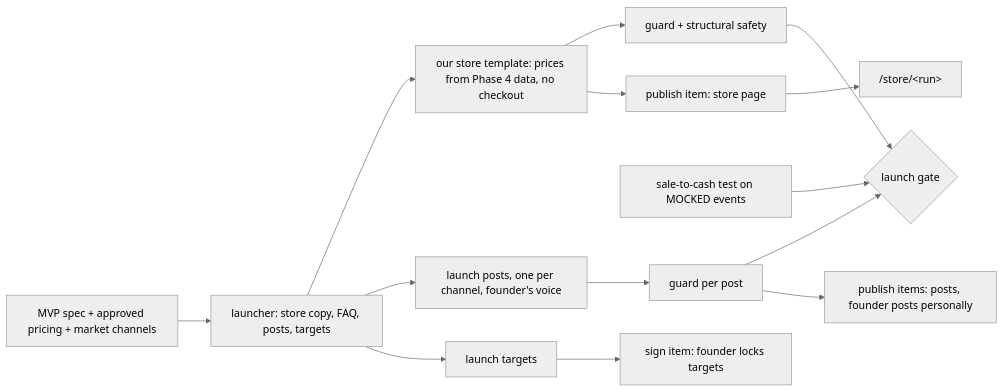
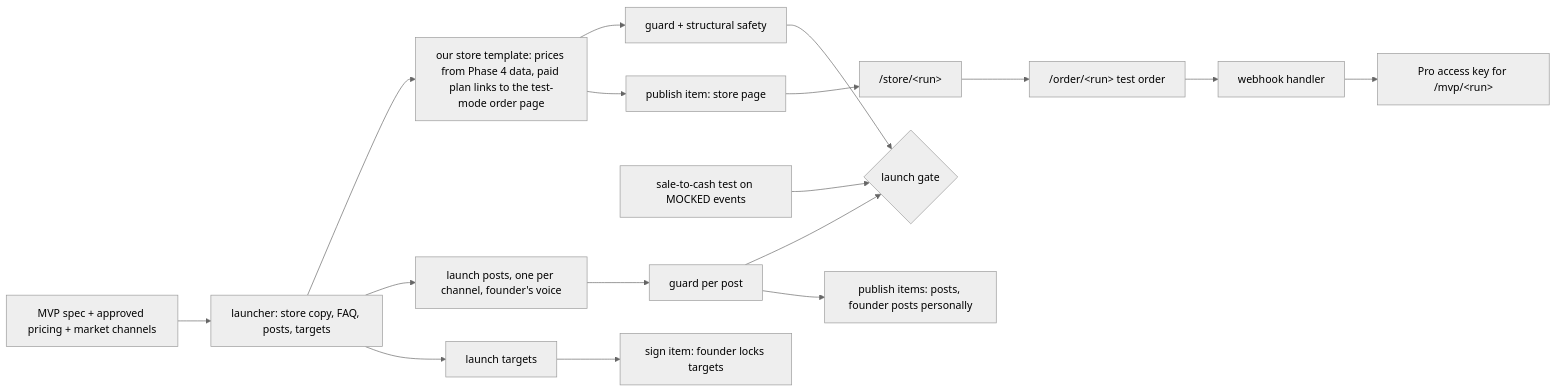
Before and after one commit to Elgahmy1/founder-agents: the seventh of 9 diagrams in ARCHITECTURE.md, drawn with Mermaid (neutral theme). The commit also changed other lines of this file and 8 other files, not shown here.

First line of the commit message:
Phase 5: sell the real MVP app in test mode (order, webhook, access key, refund revokes, reconciliation)

````diff
--- a/ARCHITECTURE.md
+++ b/ARCHITECTURE.md
@@ -192,14 +192,15 @@
 ```mermaid
 flowchart LR
     IN[MVP spec + approved pricing + market channels] --> LA[launcher: store copy, FAQ, posts, targets]
-    LA --> ST[our store template: prices from Phase 4 data, no checkout]
+    LA --> ST[our store template: prices from Phase 4 data, paid plan links to the test-mode order page]
     LA --> PO[launch posts, one per channel, founder's voice]
     PO --> GU[guard per post]
     ST --> GU2[guard + structural safety]
     PT[sale-to-cash test on MOCKED events] --> G5{launch gate}
     GU --> G5
     GU2 --> G5
     LA --> TG[launch targets] --> SI[sign item: founder locks targets]
     ST --> AP[publish item: store page] --> SV["/store/&lt;run&gt;"]
     GU --> PI[publish items: posts, founder posts personally]
+    SV --> OR["/order/&lt;run&gt; test order"] --> WH[webhook handler] --> KEY[Pro access key for /mvp/&lt;run&gt;]
 ```
````
